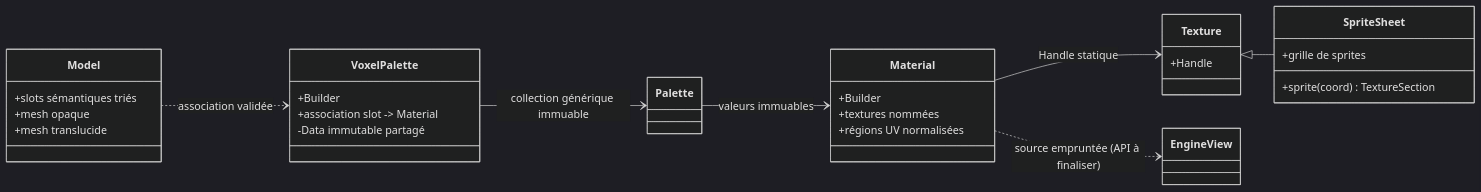
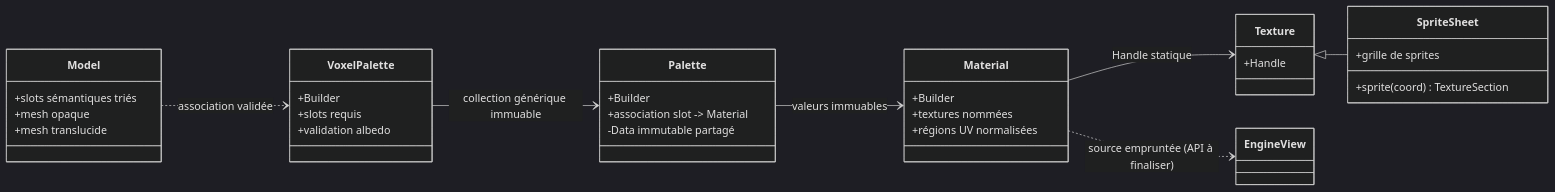
One commit to EreliaStudio/Sparkle changed the first of 3 diagrams in docs/voxel-engine-v0.1.4/04-materiaux-textures-palettes.md. Above: the diagram before and after it, drawn with Mermaid (dark theme).

Commit message:
PR-07: align architecture contracts with generic and voxel palettes

````diff
--- a/docs/voxel-engine-v0.1.4/04-materiaux-textures-palettes.md
+++ b/docs/voxel-engine-v0.1.4/04-materiaux-textures-palettes.md
@@ -7,32 +7,37 @@
 ```mermaid
 classDiagram
   direction LR
   class Material {
     +Builder
     +textures nommées
     +régions UV normalisées
   }
   class Texture {
     +Handle
   }
   class SpriteSheet {
     +sprite(coord) TextureSection
     +grille de sprites
   }
-  class VoxelPalette {
+  class Palette {
     +Builder
     +association slot -> Material
     -Data immutable partagé
+  }
+  class VoxelPalette {
+    +Builder
+    +slots requis
+    +validation albedo
   }
   class Model {
     +slots sémantiques triés
     +mesh opaque
     +mesh translucide
   }
   Texture <|-- SpriteSheet
   Material --> Texture : Handle statique
   Material ..> EngineView : source empruntée (API à finaliser)
   VoxelPalette --> Palette : collection générique immuable
   Palette --> Material : valeurs immuables
   Model ..> VoxelPalette : association validée
 ```
````
